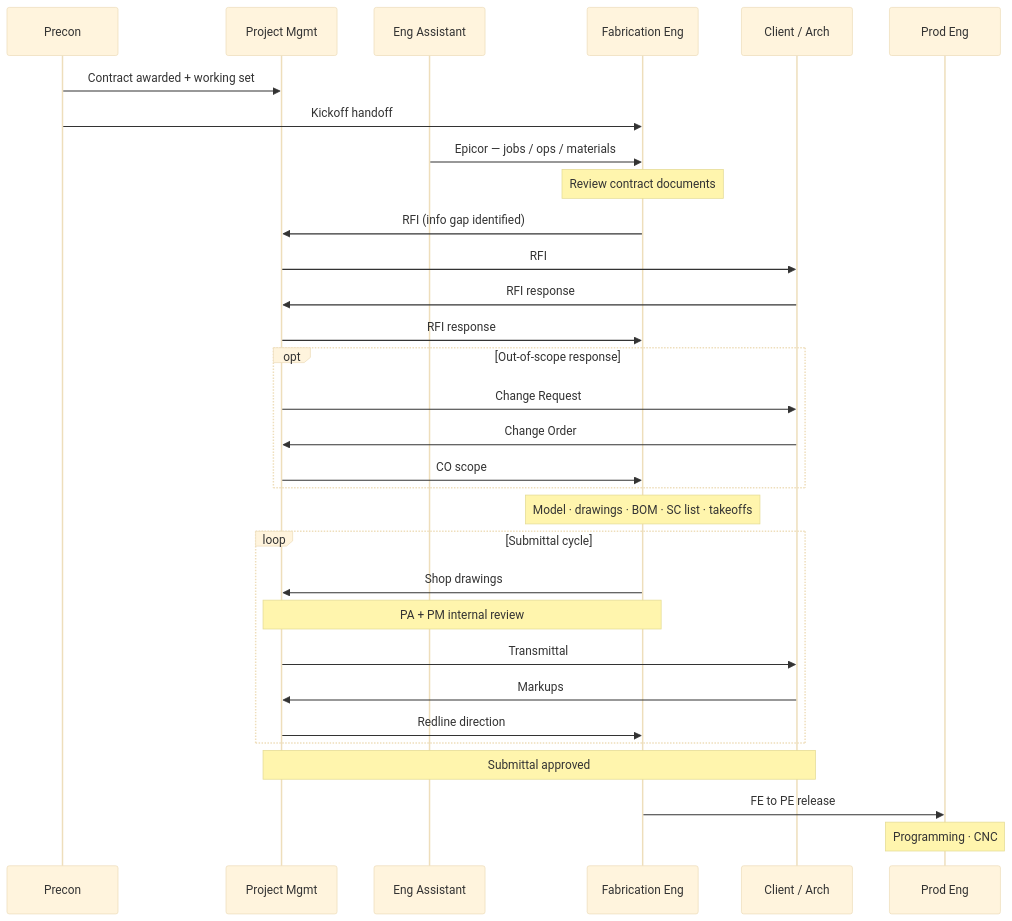
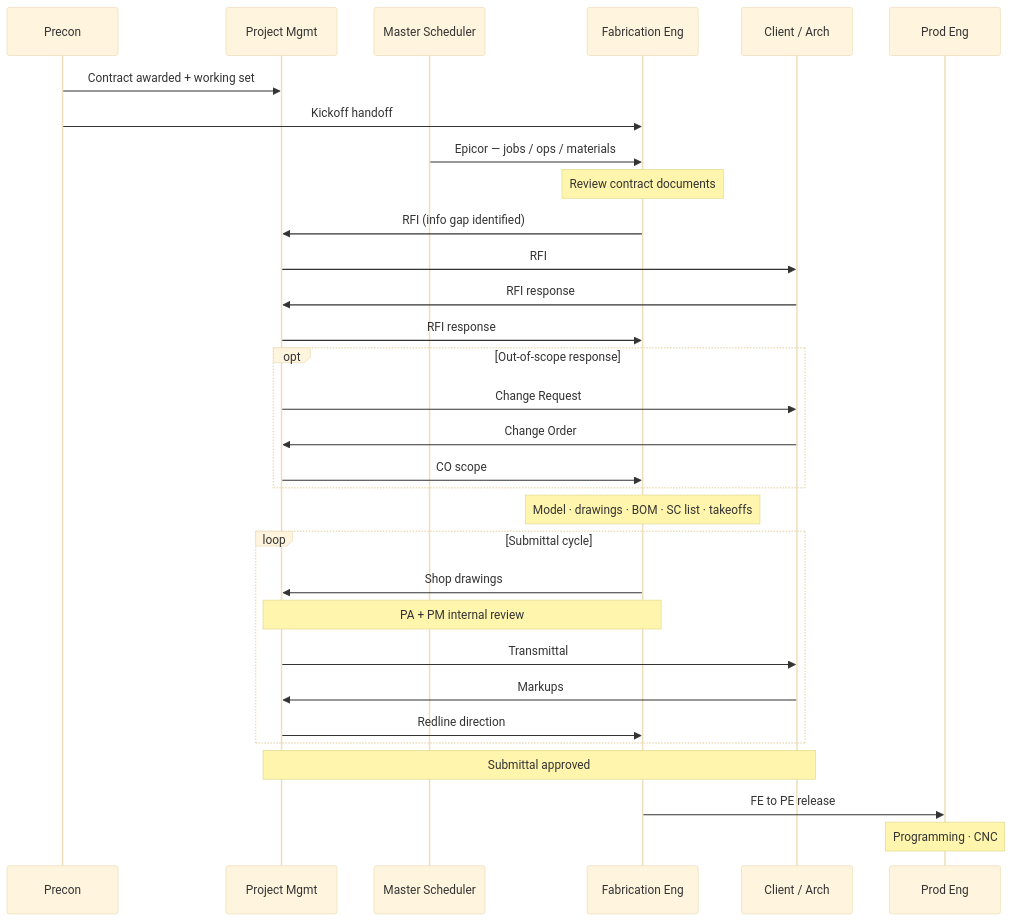
One commit to cwka-engineering/cwka-engineering.github.io changed the diagram in onboarding/project-delivery.md. Above: the diagram before and after it, drawn with Mermaid (base theme). The commit also changed other lines of this file and 15 other files, not shown here.

First line of the commit message:
Reframe Engineering Assistant scope as Master Scheduler (Operations)

````diff
--- a/onboarding/project-delivery.md
+++ b/onboarding/project-delivery.md
@@ -21,41 +21,41 @@
 ```mermaid
 sequenceDiagram
     participant Pre as Precon
     participant PM as Project Mgmt
-    participant EA as Eng Assistant
+    participant MS as Master Scheduler
     participant FE as Fabrication Eng
     participant CL as Client / Arch
     participant PE as Prod Eng
 
     Pre->>PM: Contract awarded + working set
     Pre->>FE: Kickoff handoff
-    EA->>FE: Epicor — jobs / ops / materials
+    MS->>FE: Epicor — jobs / ops / materials
 
     Note over FE: Review contract documents
 
     FE->>PM: RFI (info gap identified)
     PM->>CL: RFI
     CL->>PM: RFI response
     PM->>FE: RFI response
 
     opt Out-of-scope response
         PM->>CL: Change Request
         CL->>PM: Change Order
         PM->>FE: CO scope
     end
 
     Note over FE: Model · drawings · BOM · SC list · takeoffs
 
     loop Submittal cycle
         FE->>PM: Shop drawings
         Note over PM,FE: PA + PM internal review
         PM->>CL: Transmittal
         CL->>PM: Markups
         PM->>FE: Redline direction
     end
 
     Note over CL,PM: Submittal approved
 
     FE->>PE: FE to PE release
     Note over PE: Programming · CNC
 ```
````
